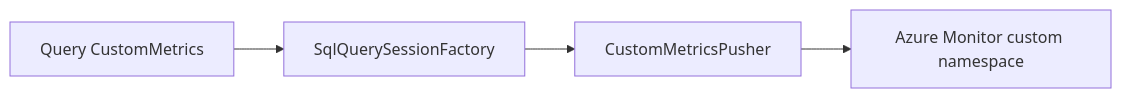
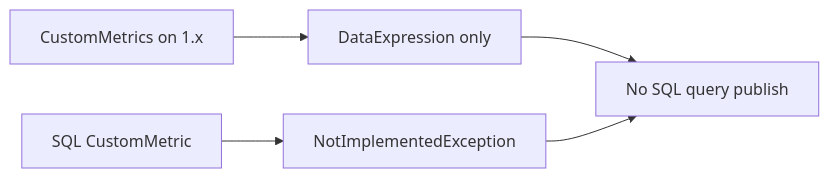
Before and after one commit to david-garcia-garcia/azureautoscaler: the diagram in devstate/2026/09/2026-09-15-sql-query-synthetic-metrics/card.md, drawn with Mermaid. The commit also changed other lines of this file and 6 other files, not shown here.

````diff
--- a/devstate/2026/09/2026-09-15-sql-query-synthetic-metrics/card.md
+++ b/devstate/2026/09/2026-09-15-sql-query-synthetic-metrics/card.md
@@ -18,6 +18,7 @@
 ```mermaid
 flowchart LR
-  Q[Query CustomMetrics] --> F[SqlQuerySessionFactory]
-  F --> P[CustomMetricsPusher]
-  P --> AM[Azure Monitor custom namespace]
+  Dest[CustomMetrics on 1.x] --> DE[DataExpression only]
+  SQL[SQL CustomMetric] --> Throw[NotImplementedException]
+  DE --> Gap[No SQL query publish]
+  Throw --> Gap
 ```
````
